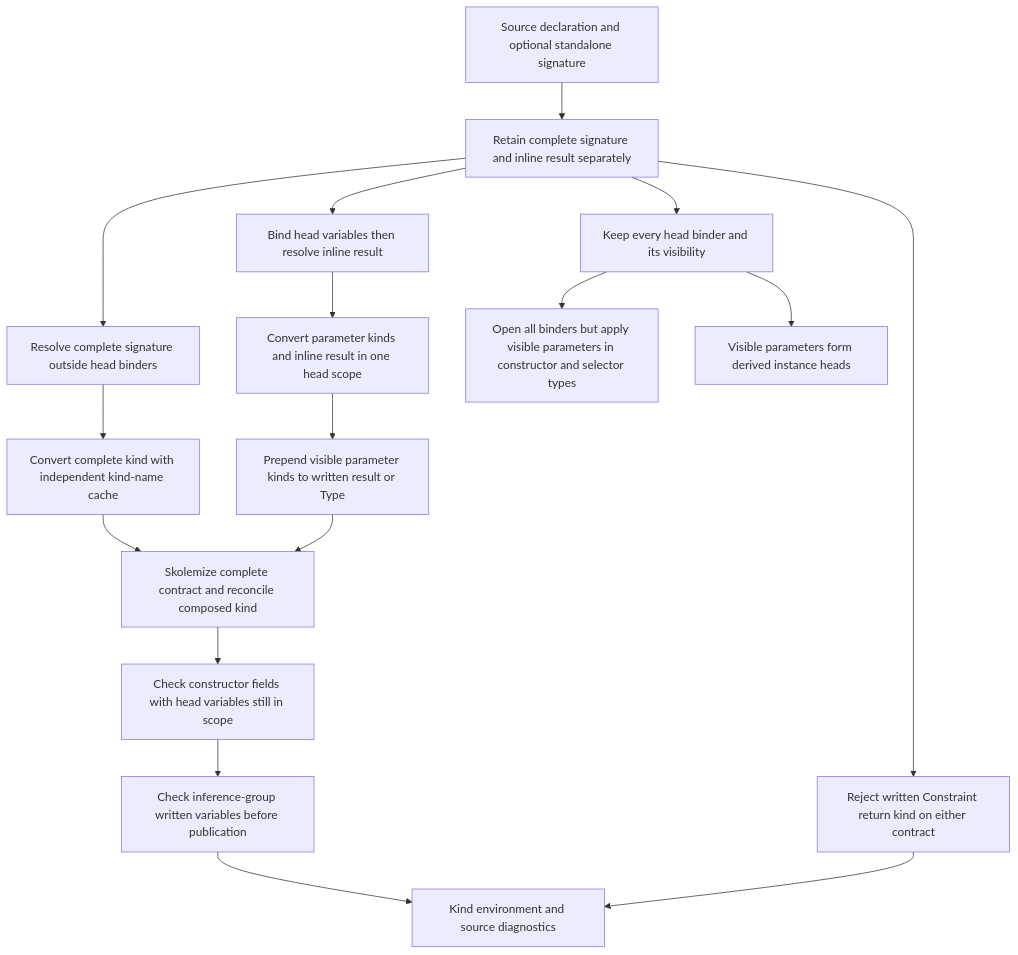
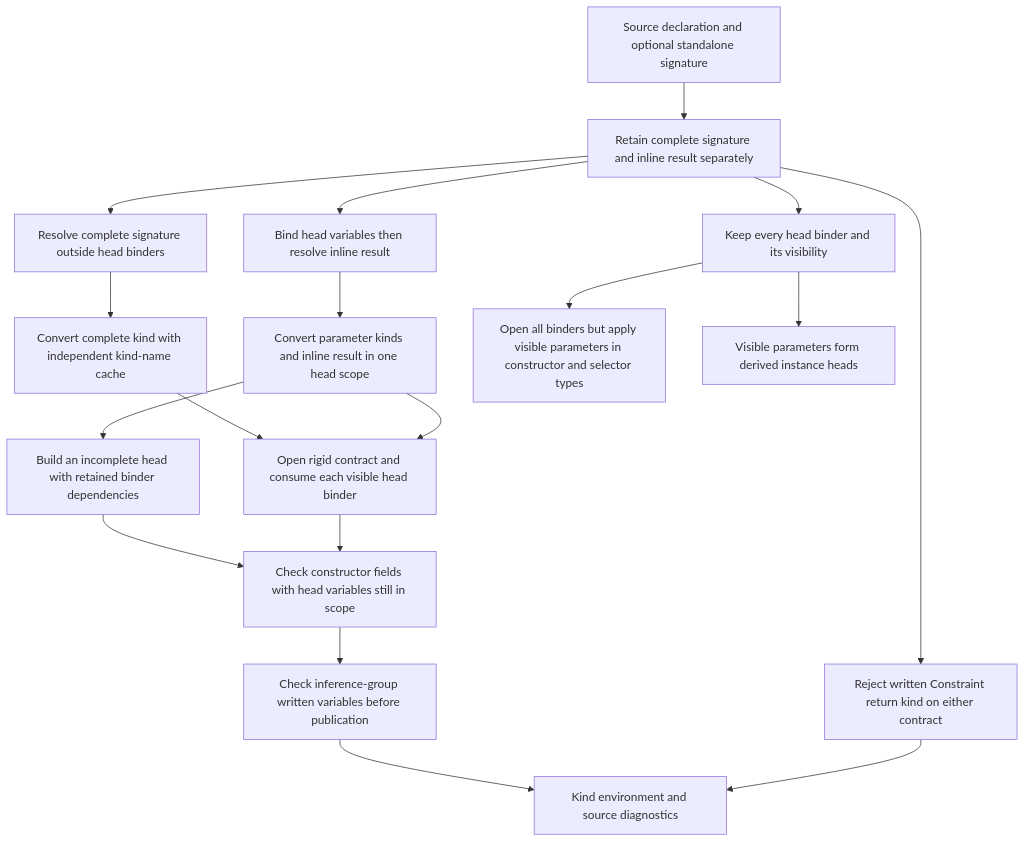
Before and after one commit to loveJesus/haskelujah-chirho: the first of 5 diagrams in spec-chirho/workflows-chirho/language-features-chirho/declaration-kinds-chirho.md, drawn with Mermaid. The commit also changed other lines of this file and 8 other files, not shown here.

````diff
--- a/spec-chirho/workflows-chirho/language-features-chirho/declaration-kinds-chirho.md
+++ b/spec-chirho/workflows-chirho/language-features-chirho/declaration-kinds-chirho.md
@@ -10,19 +10,20 @@
 ```mermaid
 flowchart TD
   SourceChirho[Source declaration and optional standalone signature] --> LowerChirho[Retain complete signature and inline result separately]
   LowerChirho --> CompleteNamesChirho[Resolve complete signature outside head binders]
   LowerChirho --> HeadNamesChirho[Bind head variables then resolve inline result]
   CompleteNamesChirho --> CompleteKindChirho[Convert complete kind with independent kind-name cache]
   HeadNamesChirho --> HeadKindsChirho[Convert parameter kinds and inline result in one head scope]
-  HeadKindsChirho --> ComposeChirho[Prepend visible parameter kinds to written result or Type]
-  CompleteKindChirho --> ReconcileChirho[Skolemize complete contract and reconcile composed kind]
-  ComposeChirho --> ReconcileChirho
+  HeadKindsChirho --> ComposeChirho[Build an incomplete head with retained binder dependencies]
+  CompleteKindChirho --> ReconcileChirho[Open rigid contract and consume each visible head binder]
+  HeadKindsChirho --> ReconcileChirho
+  ComposeChirho --> FieldsChirho
   ReconcileChirho --> FieldsChirho[Check constructor fields with head variables still in scope]
   LowerChirho --> ConstraintChirho[Reject written Constraint return kind on either contract]
   FieldsChirho --> GroupContractChirho[Check inference-group written variables before publication]
   GroupContractChirho --> ResultChirho[Kind environment and source diagnostics]
   ConstraintChirho --> ResultChirho
   LowerChirho --> VisibilityChirho[Keep every head binder and its visibility]
   VisibilityChirho --> SchemesChirho[Open all binders but apply visible parameters in constructor and selector types]
   VisibilityChirho --> DerivingChirho[Visible parameters form derived instance heads]
 ```
````
